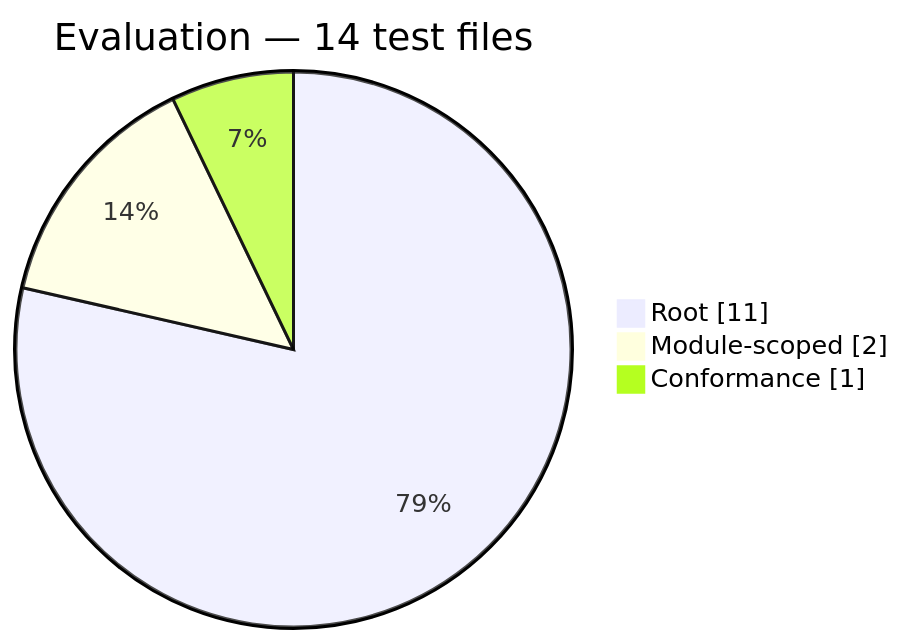
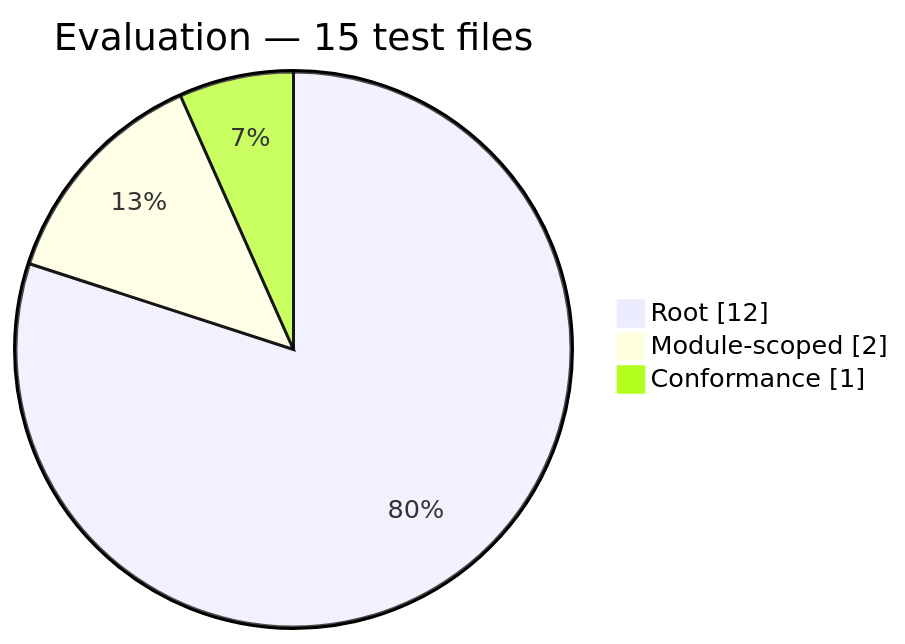
Before and after one commit to Mohammed-Alama/php-arazzo: the third of 12 diagrams in docs/generated/test-composition.md, drawn with Mermaid. The commit also changed other lines of this file and 44 other files, not shown here.

````diff
--- a/docs/generated/test-composition.md
+++ b/docs/generated/test-composition.md
@@ -44,7 +44,7 @@
 ```mermaid
 pie showData
-    title Evaluation — 14 test files
-    "Root": 11
+    title Evaluation — 15 test files
+    "Root": 12
     "Module-scoped": 2
     "Conformance": 1
 ```
````
